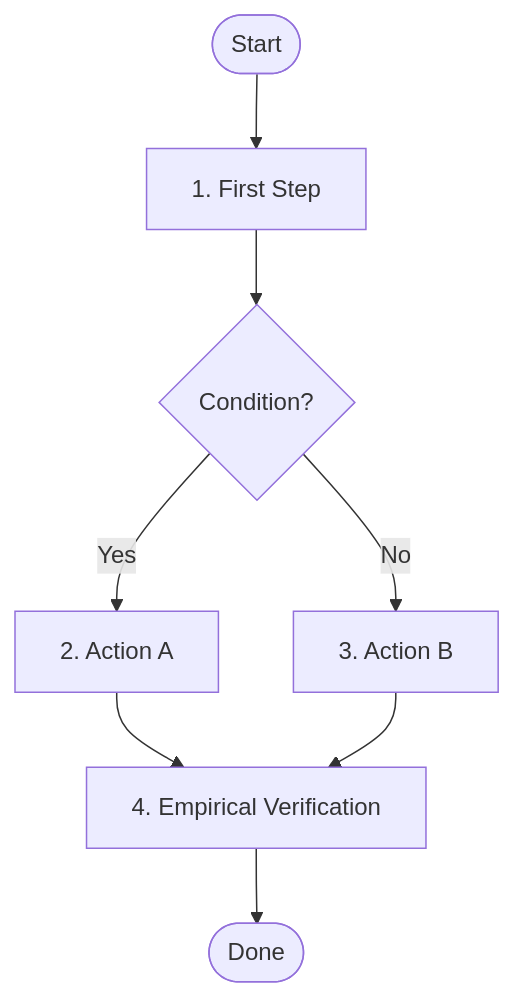
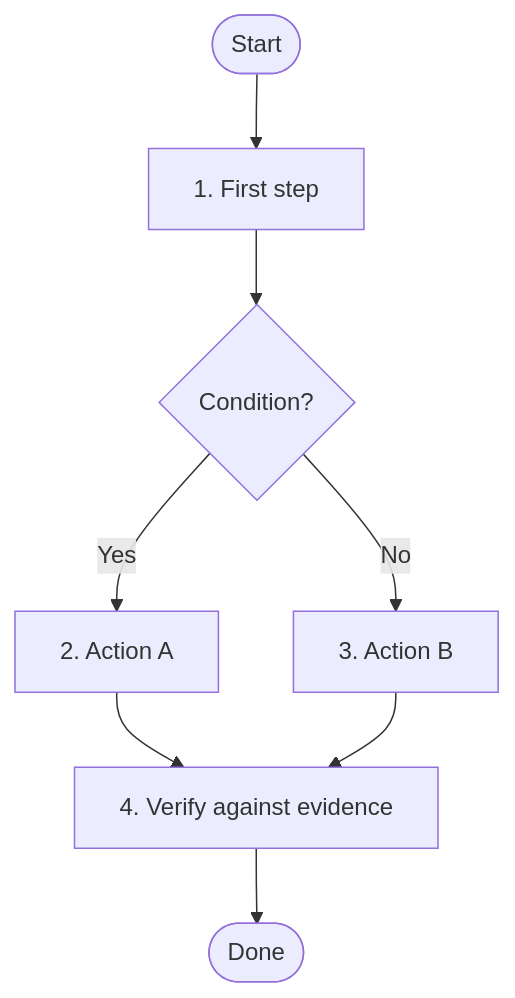
One commit to anhembedded/Youtube-Plan changed the diagram in .claude/templates/skill.md. Above: the diagram before and after it, drawn with Mermaid. The commit also changed other lines of this file and 22 other files, not shown here.

````diff
--- a/.claude/templates/skill.md
+++ b/.claude/templates/skill.md
@@ -21,10 +21,10 @@
 ```mermaid
 flowchart TD
-    Start(["Start"]) --> Step1["1. First Step"]
+    Start(["Start"]) --> Step1["1. First step"]
     Step1 --> Decision{"Condition?"}
     Decision -- Yes --> Step2["2. Action A"]
     Decision -- No --> Step3["3. Action B"]
-    Step2 --> Verify["4. Empirical Verification"]
+    Step2 --> Verify["4. Verify against evidence"]
     Step3 --> Verify
     Verify --> Done(["Done"])
 ```
````
